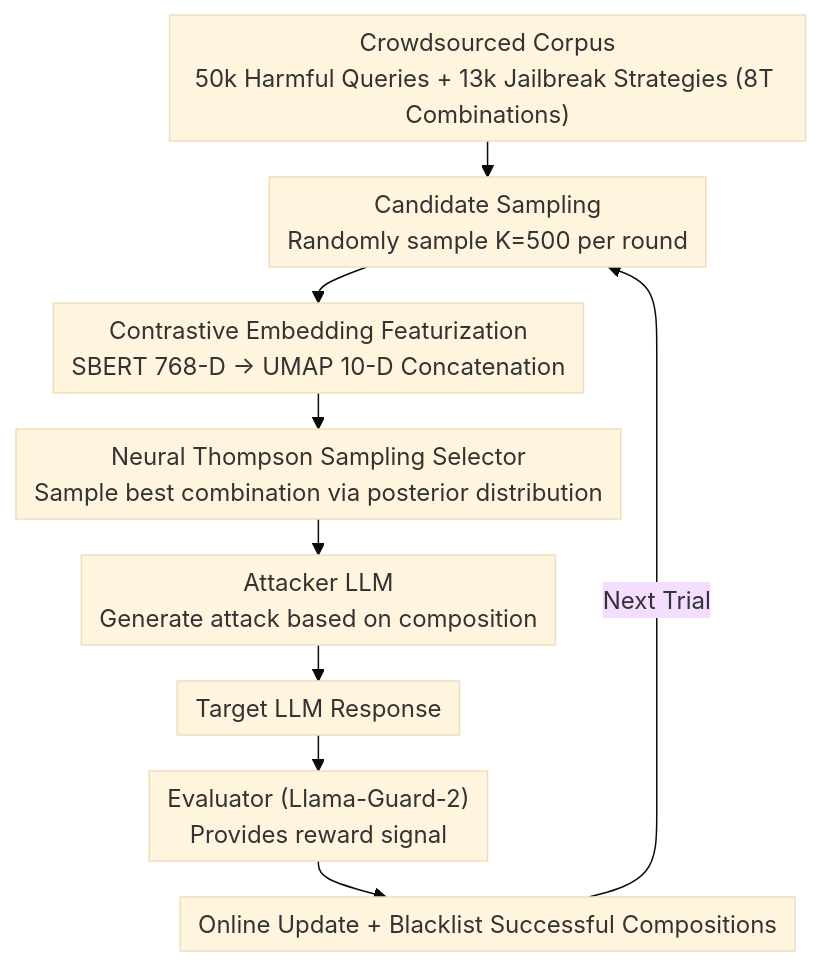
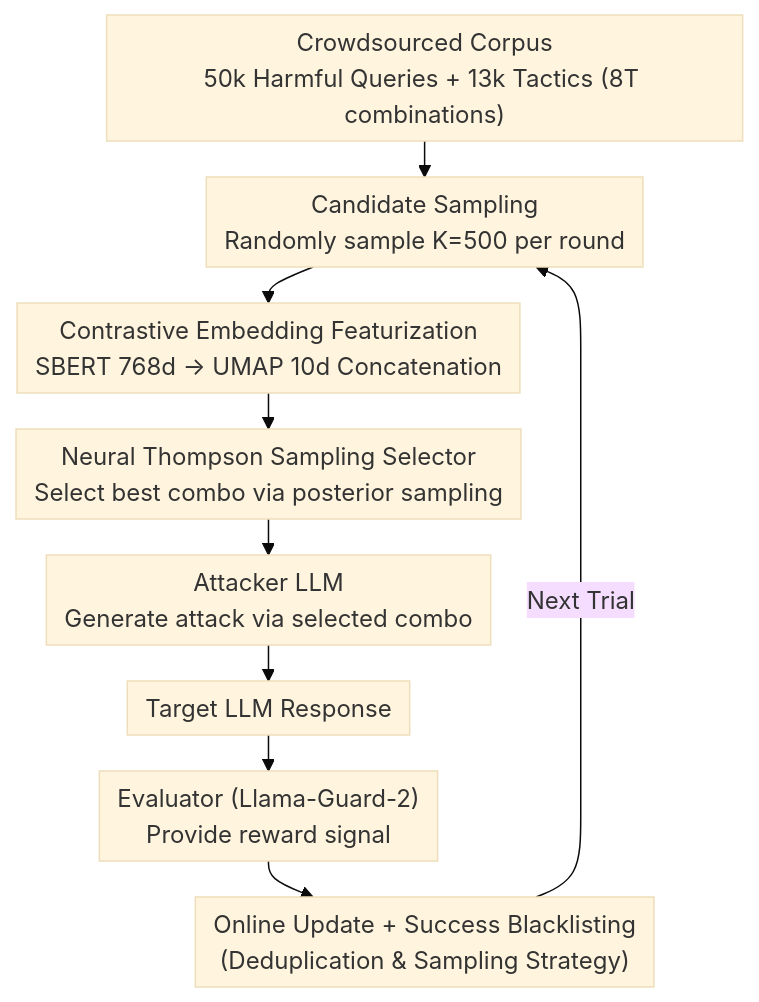
The diagram in docs/ACL2026/reinforcement_learning/adaptive_instruction_composition_for_automated_llm_red-teaming.md (zhaoyang97/Paper-Notes-en), drawn with Mermaid (base theme) before and after one commit. The commit also changed other lines of this file and 5084 other files, not shown here.

````diff
--- a/docs/ACL2026/reinforcement_learning/adaptive_instruction_composition_for_automated_llm_red-teaming.md
+++ b/docs/ACL2026/reinforcement_learning/adaptive_instruction_composition_for_automated_llm_red-teaming.md
@@ -42,12 +42,12 @@
 ```mermaid
 %%{init: {'flowchart': {'rankSpacing': 24, 'nodeSpacing': 28, 'padding': 6, 'wrappingWidth': 400}}}%%
 flowchart TD
-    A["Crowdsourced Corpus<br/>50k Harmful Queries + 13k Jailbreak Strategies (8T Combinations)"] --> B["Candidate Sampling<br/>Randomly sample K=500 per round"]
-    B --> C["Contrastive Embedding Featurization<br/>SBERT 768-D → UMAP 10-D Concatenation"]
-    C --> D["Neural Thompson Sampling Selector<br/>Sample best combination via posterior distribution"]
-    D --> E["Attacker LLM<br/>Generate attack based on composition"]
+    A["Crowdsourced Corpus<br/>50k Harmful Queries + 13k Tactics (8T combinations)"] --> B["Candidate Sampling<br/>Randomly sample K=500 per round"]
+    B --> C["Contrastive Embedding Featurization<br/>SBERT 768d → UMAP 10d Concatenation"]
+    C --> D["Neural Thompson Sampling Selector<br/>Select best combo via posterior sampling"]
+    D --> E["Attacker LLM<br/>Generate attack via selected combo"]
     E --> F["Target LLM Response"]
-    F --> G["Evaluator (Llama-Guard-2)<br/>Provides reward signal"]
-    G --> H["Online Update + Blacklist Successful Compositions"]
+    F --> G["Evaluator (Llama-Guard-2)<br/>Provide reward signal"]
+    G --> H["Online Update + Success Blacklisting<br/>(Deduplication & Sampling Strategy)"]
     H -->|Next Trial| B
 ```
````
